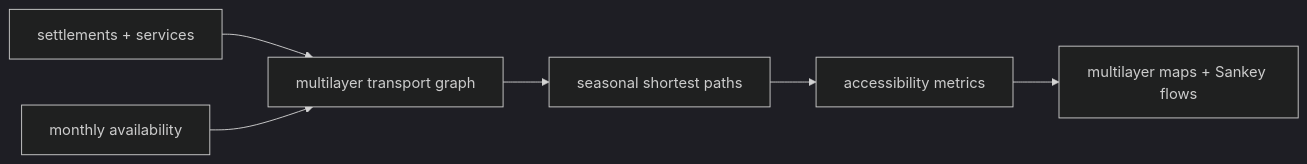
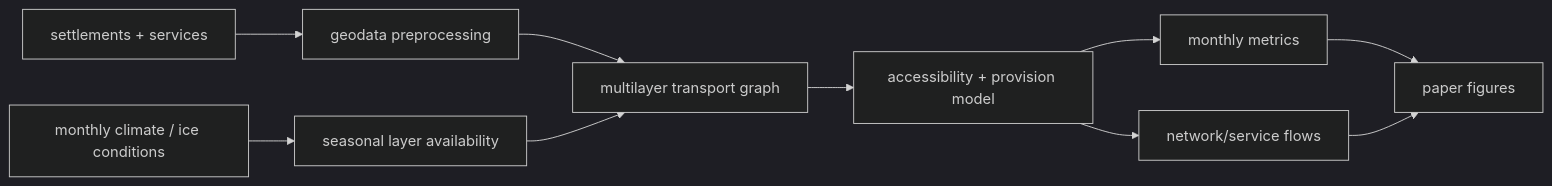
Before and after one commit to GeorgeKontsevik/season_framed_multilayer_arctic_network_model_disser: the diagram in README.md, drawn with Mermaid (dark theme). The commit also changed other lines of this file, not shown here.

````diff
--- a/README.md
+++ b/README.md
@@ -9,8 +9,12 @@
 ```mermaid
 flowchart LR
-    SETT[settlements + services] --> NET[multilayer transport graph]
-    SEASON[monthly availability] --> NET
-    NET --> ROUTE[seasonal shortest paths]
-    ROUTE --> METRICS[accessibility metrics]
-    METRICS --> MAPS[multilayer maps + Sankey flows]
+    SETT["settlements + services"] --> PREP["geodata preprocessing"]
+    CLIM["monthly climate / ice conditions"] --> SEASON["seasonal layer availability"]
+    PREP --> GRAPH["multilayer transport graph"]
+    SEASON --> GRAPH
+    GRAPH --> CALC["accessibility + provision model"]
+    CALC --> METRICS["monthly metrics"]
+    CALC --> FLOWS["network/service flows"]
+    METRICS --> FIGS["paper figures"]
+    FLOWS --> FIGS
 ```
````
